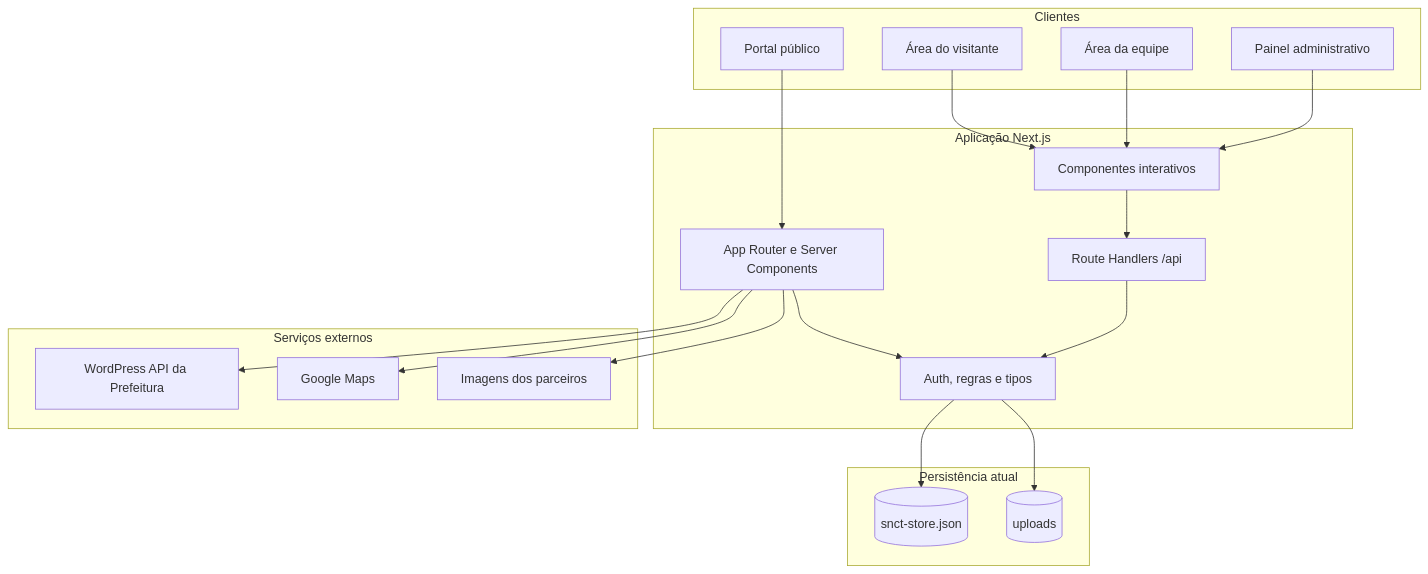
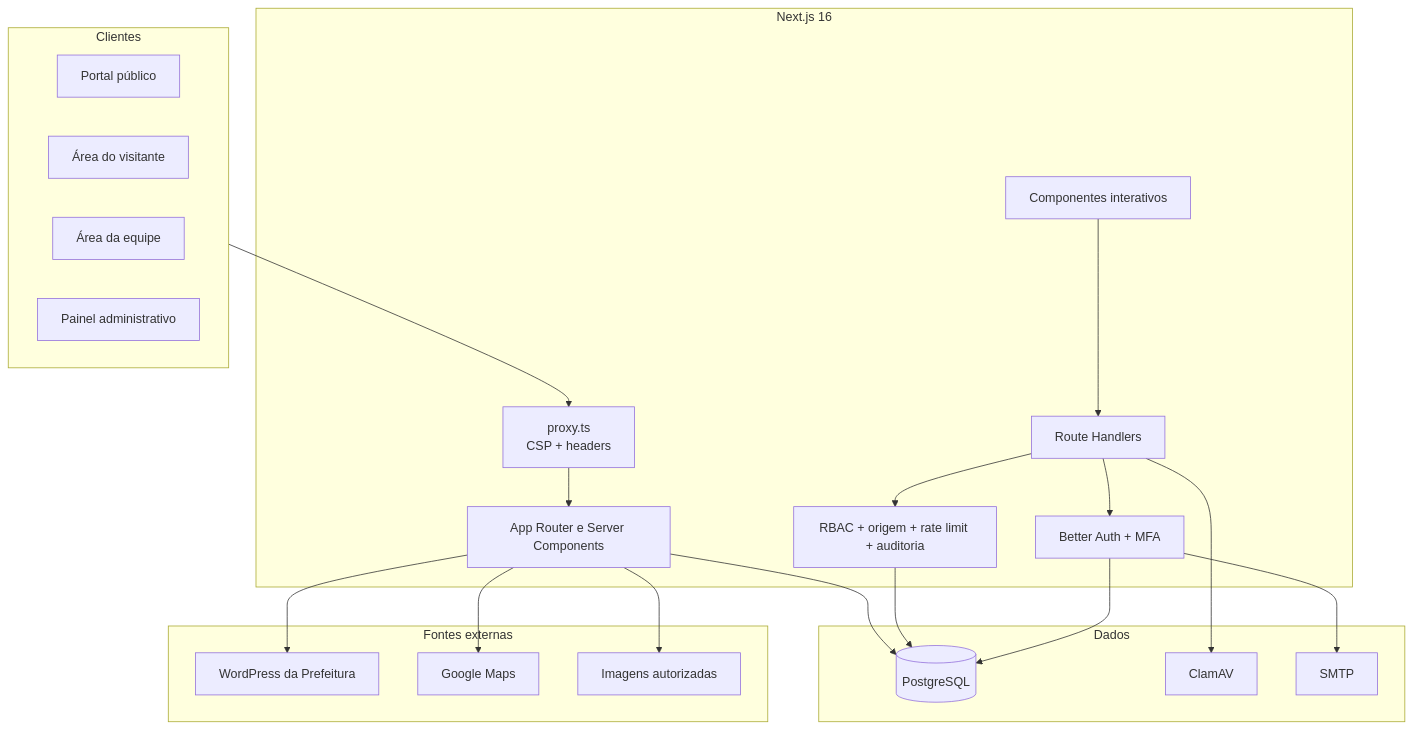
The first of 3 diagrams in docs/architecture.md (diegocoodes/snct), drawn with Mermaid before and after one commit. The commit also changed other lines of this file and 55 other files, not shown here.

Commit message:
feat: harden portal with PostgreSQL security

````diff
--- a/docs/architecture.md
+++ b/docs/architecture.md
@@ -7,40 +7,41 @@
 ```mermaid
 flowchart TB
     subgraph Clients[Clientes]
       PUBLIC[Portal público]
       VISITOR[Área do visitante]
       STAFF[Área da equipe]
       ADMIN[Painel administrativo]
     end
 
-    subgraph Next[Aplicação Next.js]
+    subgraph Next[Next.js 16]
+      PROXY[proxy.ts<br/>CSP + headers]
       PAGES[App Router e Server Components]
       CLIENT[Componentes interativos]
-      ROUTES[Route Handlers /api]
-      DOMAIN[Auth, regras e tipos]
+      ROUTES[Route Handlers]
+      SECURITY[RBAC + origem + rate limit + auditoria]
+      BA[Better Auth + MFA]
     end
 
-    subgraph Local[Persistência atual]
-      JSON[(snct-store.json)]
-      UPLOADS[(uploads)]
+    subgraph Data[Dados]
+      PG[(PostgreSQL)]
+      AV[ClamAV]
+      SMTP[SMTP]
     end
 
-    subgraph External[Serviços externos]
-      WP[WordPress API da Prefeitura]
+    subgraph External[Fontes externas]
+      WP[WordPress da Prefeitura]
       MAP[Google Maps]
-      PARTNERS[Imagens dos parceiros]
+      PARTNERS[Imagens autorizadas]
     end
 
-    PUBLIC --> PAGES
-    VISITOR --> CLIENT
-    STAFF --> CLIENT
-    ADMIN --> CLIENT
-    PAGES --> DOMAIN
-    CLIENT --> ROUTES
-    ROUTES --> DOMAIN
-    DOMAIN --> JSON
-    DOMAIN --> UPLOADS
+    Clients --> PROXY --> PAGES
+    CLIENT --> ROUTES --> SECURITY
+    PAGES --> PG
+    SECURITY --> PG
+    ROUTES --> BA --> PG
+    ROUTES --> AV
+    BA --> SMTP
     PAGES --> WP
     PAGES --> MAP
     PAGES --> PARTNERS
 ```
````
